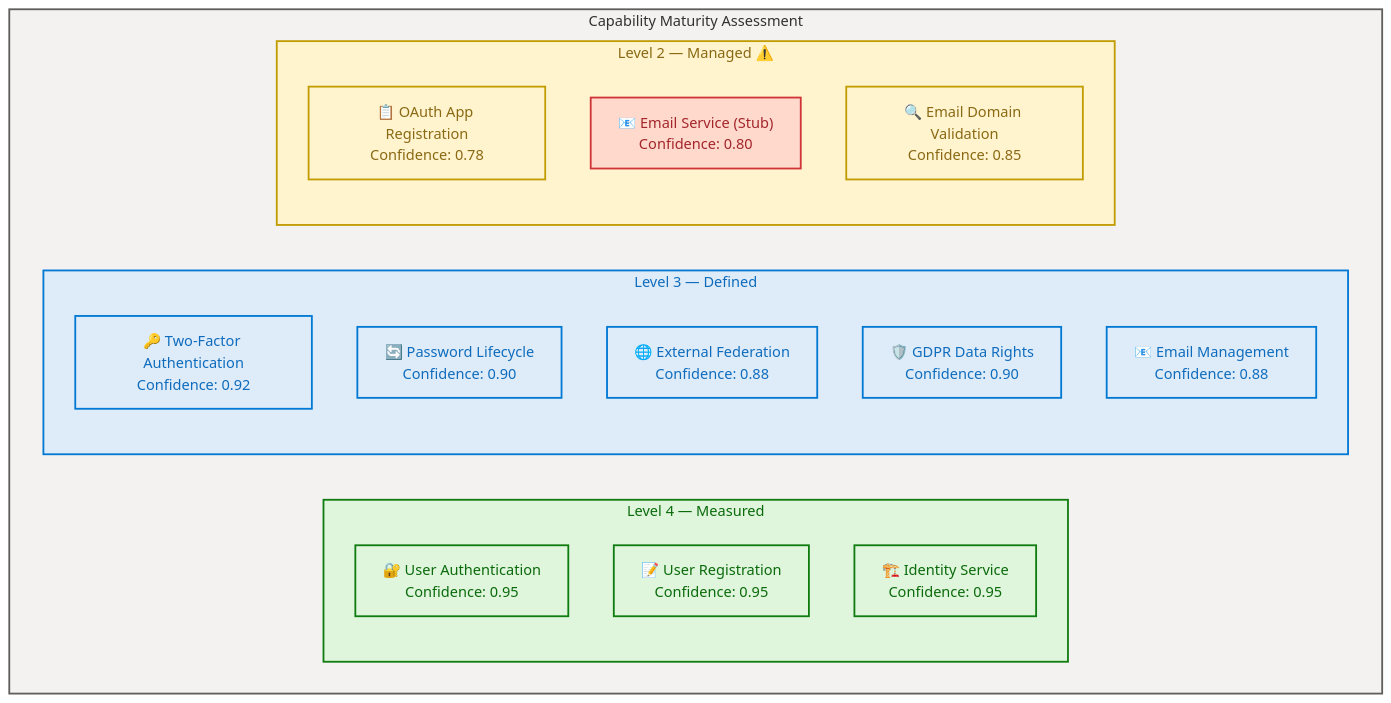
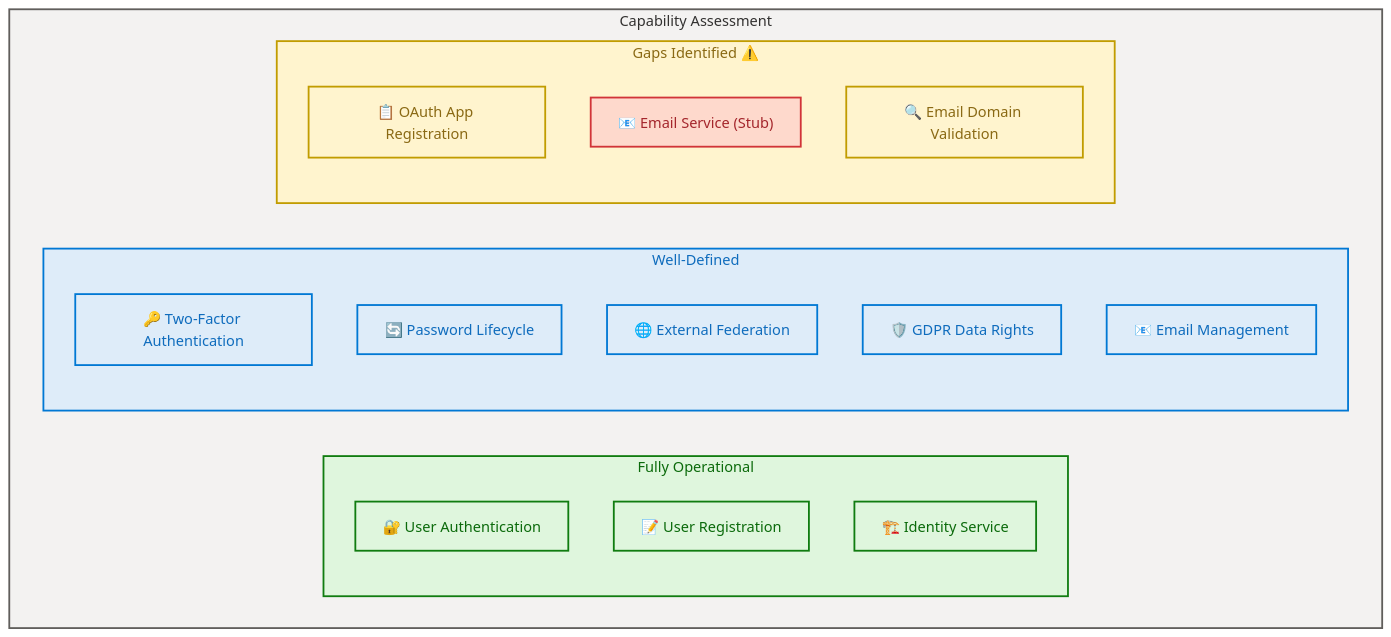
The fifth of 11 diagrams in docs/architecture/business-architecture.md (Evilazaro/IdentityProvider), drawn with Mermaid before and after one commit. The commit also changed other lines of this file, not shown here.

Commit message:
Refactor business capabilities and maturity visualization for improved clarity in business architecture documentation

````diff
--- a/docs/architecture/business-architecture.md
+++ b/docs/architecture/business-architecture.md
@@ -470,51 +470,51 @@
 ```mermaid
 ---
 config:
   theme: base
   look: classic
   layout: dagre
   themeVariables:
     fontSize: '16px'
 ---
 flowchart TB
-    accTitle: Capability Maturity Heatmap — Contoso IdentityProvider
-    accDescr: Visual heatmap showing maturity levels 2 through 4 across key business capabilities with color-coded gap identification
+    accTitle: Capability Assessment Heatmap — Contoso IdentityProvider
+    accDescr: Visual heatmap showing capability status across key business capabilities with color-coded gap identification
 
-    subgraph main["Capability Maturity Assessment"]
-        subgraph level4["Level 4 — Measured"]
-            M4A["🔐 User Authentication<br/>Confidence: 0.95"]
-            M4B["📝 User Registration<br/>Confidence: 0.95"]
-            M4C["🏗️ Identity Service<br/>Confidence: 0.95"]
+    subgraph main["Capability Assessment"]
+        subgraph level4["Fully Operational"]
+            M4A["🔐 User Authentication"]
+            M4B["📝 User Registration"]
+            M4C["🏗️ Identity Service"]
         end
 
-        subgraph level3["Level 3 — Defined"]
-            M3A["🔑 Two-Factor Authentication<br/>Confidence: 0.92"]
-            M3B["🔄 Password Lifecycle<br/>Confidence: 0.90"]
-            M3C["🌐 External Federation<br/>Confidence: 0.88"]
-            M3D["🛡️ GDPR Data Rights<br/>Confidence: 0.90"]
-            M3E["📧 Email Management<br/>Confidence: 0.88"]
+        subgraph level3["Well-Defined"]
+            M3A["🔑 Two-Factor Authentication"]
+            M3B["🔄 Password Lifecycle"]
+            M3C["🌐 External Federation"]
+            M3D["🛡️ GDPR Data Rights"]
+            M3E["📧 Email Management"]
         end
 
-        subgraph level2["Level 2 — Managed ⚠️"]
-            M2A["📋 OAuth App Registration<br/>Confidence: 0.78"]
-            M2B["📧 Email Service (Stub)<br/>Confidence: 0.80"]
-            M2C["🔍 Email Domain Validation<br/>Confidence: 0.85"]
+        subgraph level2["Gaps Identified ⚠️"]
+            M2A["📋 OAuth App Registration"]
+            M2B["📧 Email Service (Stub)"]
+            M2C["🔍 Email Domain Validation"]
         end
     end
 
     style main fill:#F3F2F1,stroke:#605E5C,stroke-width:2px,color:#323130
     style level4 fill:#DFF6DD,stroke:#107C10,stroke-width:2px,color:#0B6A0B
     style level3 fill:#DEECF9,stroke:#0078D4,stroke-width:2px,color:#0F6CBD
     style level2 fill:#FFF4CE,stroke:#C19C00,stroke-width:2px,color:#8A6914
     style M4A fill:#DFF6DD,stroke:#107C10,stroke-width:2px,color:#0B6A0B
     style M4B fill:#DFF6DD,stroke:#107C10,stroke-width:2px,color:#0B6A0B
     style M4C fill:#DFF6DD,stroke:#107C10,stroke-width:2px,color:#0B6A0B
     style M3A fill:#DEECF9,stroke:#0078D4,stroke-width:2px,color:#0F6CBD
     style M3B fill:#DEECF9,stroke:#0078D4,stroke-width:2px,color:#0F6CBD
     style M3C fill:#DEECF9,stroke:#0078D4,stroke-width:2px,color:#0F6CBD
     style M3D fill:#DEECF9,stroke:#0078D4,stroke-width:2px,color:#0F6CBD
     style M3E fill:#DEECF9,stroke:#0078D4,stroke-width:2px,color:#0F6CBD
     style M2A fill:#FFF4CE,stroke:#C19C00,stroke-width:2px,color:#8A6914
     style M2B fill:#FED9CC,stroke:#D13438,stroke-width:2px,color:#A4262C
     style M2C fill:#FFF4CE,stroke:#C19C00,stroke-width:2px,color:#8A6914
 ```
````
